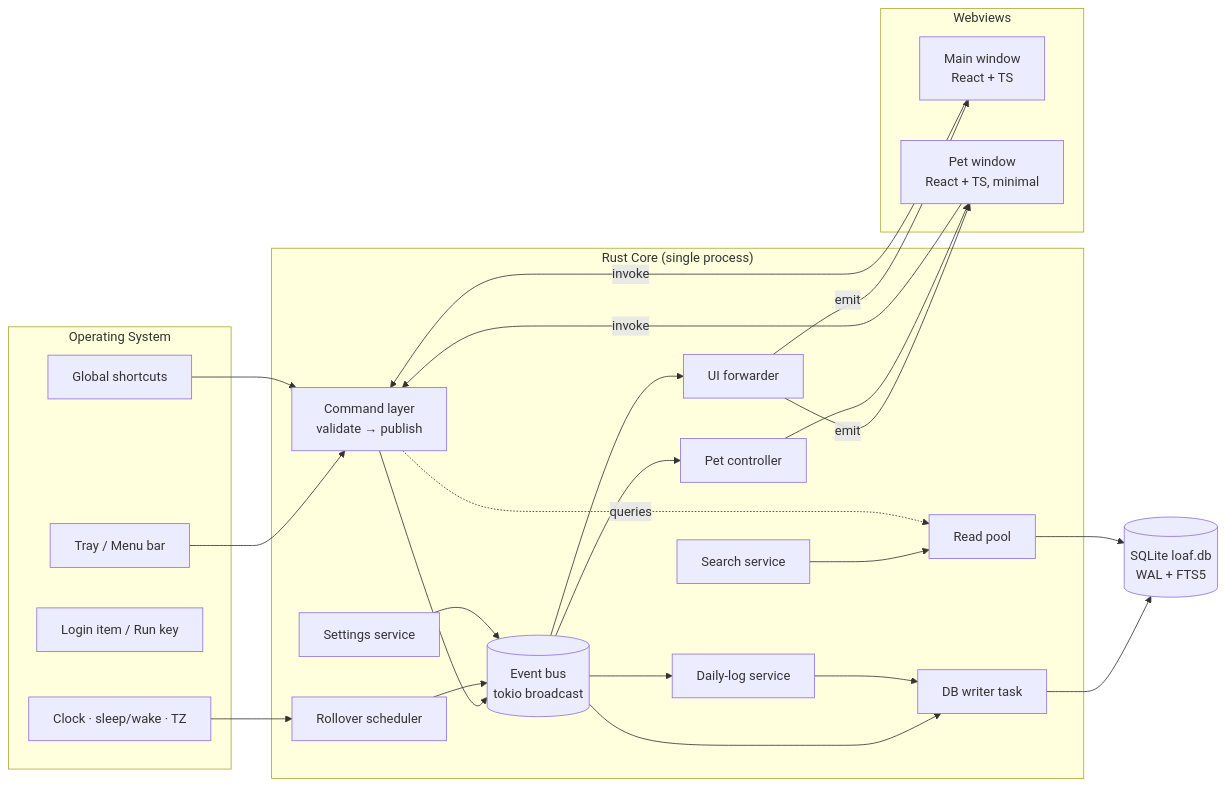
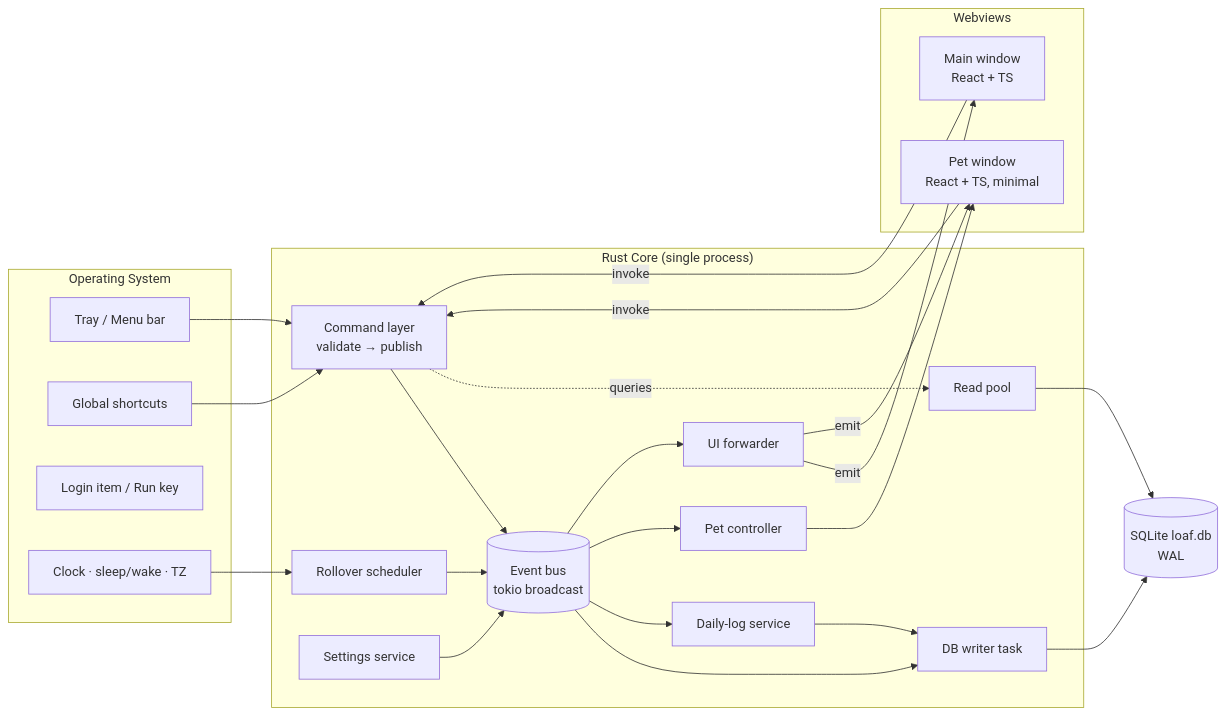
One commit to yokshith09/DESKTOP-PET changed the diagram in desktop-pet-docs/docs/03-trd/TRD.md. Above: the diagram before and after it, drawn with Mermaid. The commit also changed other lines of this file and 29 other files, not shown here.

````diff
--- a/desktop-pet-docs/docs/03-trd/TRD.md
+++ b/desktop-pet-docs/docs/03-trd/TRD.md
@@ -14,49 +14,47 @@
 ```mermaid
 flowchart LR
     subgraph OS["Operating System"]
         TRAY[Tray / Menu bar]
         GS[Global shortcuts]
         LOGIN[Login item / Run key]
         CLOCK[Clock · sleep/wake · TZ]
     end
 
     subgraph CORE["Rust Core (single process)"]
         CMD[Command layer<br/>validate → publish]
         BUS[(Event bus<br/>tokio broadcast)]
         DBW[DB writer task]
         DBR[Read pool]
-        SRCH[Search service]
         LOG[Daily-log service]
         SCHED[Rollover scheduler]
         SET[Settings service]
         PETE[Pet controller]
         FWD[UI forwarder]
     end
 
-    DB[(SQLite loaf.db<br/>WAL + FTS5)]
+    DB[(SQLite loaf.db<br/>WAL)]
 
     subgraph UI["Webviews"]
         MAIN[Main window<br/>React + TS]
         PET[Pet window<br/>React + TS, minimal]
     end
 
     MAIN -- invoke --> CMD
     PET -- invoke --> CMD
     TRAY --> CMD
     GS --> CMD
     CLOCK --> SCHED
     CMD --> BUS
     SCHED --> BUS
     BUS --> DBW --> DB
     BUS --> LOG
     BUS --> PETE
     BUS --> FWD
     LOG --> DBW
     DBR --> DB
-    SRCH --> DBR
     CMD -. queries .-> DBR
     FWD -- emit --> MAIN
     FWD -- emit --> PET
     PETE --> PET
     SET --> BUS
 ```
````
